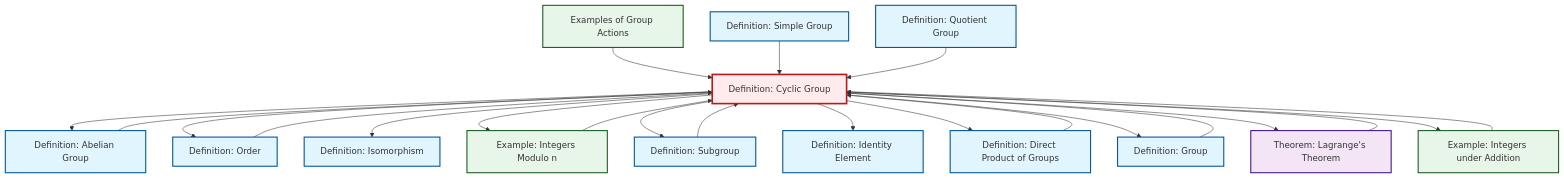
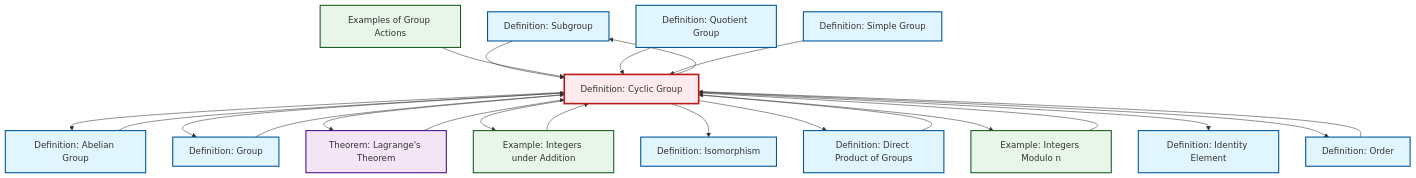
The diagram in content/en/algebra/def-cyclic-group.qmd (RK0429/ModernMath), drawn with Mermaid before and after one commit. The commit also changed other lines of this file and 672 other files, not shown here.

````diff
--- a/content/en/algebra/def-cyclic-group.qmd
+++ b/content/en/algebra/def-cyclic-group.qmd
@@ -101,58 +101,58 @@
 ```{mermaid}
 %%| fig-cap: "Local dependency graph"
 graph TD
     classDef definition fill:#e1f5fe,stroke:#01579b,stroke-width:2px
     classDef theorem fill:#f3e5f5,stroke:#4a148c,stroke-width:2px
     classDef axiom fill:#fff3e0,stroke:#e65100,stroke-width:2px
     classDef example fill:#e8f5e9,stroke:#1b5e20,stroke-width:2px
     classDef current fill:#ffebee,stroke:#b71c1c,stroke-width:3px
-    def-simple-group["Definition: Simple Group"]:::definition
-    def-identity-element["Definition: Identity Element"]:::definition
     def-subgroup["Definition: Subgroup"]:::definition
-    def-isomorphism["Definition: Isomorphism"]:::definition
     def-cyclic-group["Definition: Cyclic Group"]:::definition
     def-order["Definition: Order"]:::definition
+    def-direct-product["Definition: Direct Product of Groups"]:::definition
+    def-quotient-group["Definition: Quotient Group"]:::definition
+    ex-integers-addition["Example: Integers under Addition"]:::example
+    ex-group-action-examples["Examples of Group Actions"]:::example
+    def-isomorphism["Definition: Isomorphism"]:::definition
+    ex-quotient-integers-mod-n["Example: Integers Modulo n"]:::example
     thm-lagrange["Theorem: Lagrange's Theorem"]:::theorem
+    def-group["Definition: Group"]:::definition
+    def-identity-element["Definition: Identity Element"]:::definition
+    def-simple-group["Definition: Simple Group"]:::definition
     def-abelian-group["Definition: Abelian Group"]:::definition
-    ex-integers-addition["Example: Integers under Addition"]:::example
-    def-quotient-group["Definition: Quotient Group"]:::definition
-    ex-group-action-examples["Examples of Group Actions"]:::example
-    def-direct-product["Definition: Direct Product of Groups"]:::definition
-    def-group["Definition: Group"]:::definition
-    ex-quotient-integers-mod-n["Example: Integers Modulo n"]:::example
     def-cyclic-group --> def-abelian-group
-    ex-group-action-examples --> def-cyclic-group
-    def-cyclic-group --> def-order
-    def-cyclic-group --> def-isomorphism
+    ex-quotient-integers-mod-n --> def-cyclic-group
+    def-subgroup --> def-cyclic-group
     def-direct-product --> def-cyclic-group
-    ex-quotient-integers-mod-n --> def-cyclic-group
-    def-cyclic-group --> ex-quotient-integers-mod-n
     ex-integers-addition --> def-cyclic-group
-    thm-lagrange --> def-cyclic-group
-    def-abelian-group --> def-cyclic-group
-    def-simple-group --> def-cyclic-group
-    def-cyclic-group --> def-subgroup
-    def-subgroup --> def-cyclic-group
-    def-cyclic-group --> def-identity-element
-    def-quotient-group --> def-cyclic-group
-    def-group --> def-cyclic-group
-    def-cyclic-group --> def-direct-product
     def-cyclic-group --> def-group
     def-cyclic-group --> thm-lagrange
+    def-order --> def-cyclic-group
     def-cyclic-group --> ex-integers-addition
-    def-order --> def-cyclic-group
+    def-abelian-group --> def-cyclic-group
+    def-cyclic-group --> def-isomorphism
+    def-cyclic-group --> def-direct-product
+    def-cyclic-group --> def-subgroup
+    def-cyclic-group --> ex-quotient-integers-mod-n
+    def-cyclic-group --> def-identity-element
+    def-group --> def-cyclic-group
+    def-cyclic-group --> def-order
+    ex-group-action-examples --> def-cyclic-group
+    thm-lagrange --> def-cyclic-group
+    def-quotient-group --> def-cyclic-group
+    def-simple-group --> def-cyclic-group
     class def-cyclic-group current
+    click def-subgroup "def-subgroup.html" "Go to Subgroup definition"
+    click def-order "def-order.html" "Go to Order definition"
+    click def-direct-product "def-direct-product.html" "Go to Direct Product of Groups definition"
+    click def-quotient-group "def-quotient-group.html" "Go to Quotient Group definition"
+    click ex-integers-addition "ex-integers-addition.html" "Go to Integers under Addition example"
+    click ex-group-action-examples "ex-group-action-examples.html" "Go to Examples of Group Actions"
+    click def-isomorphism "def-isomorphism.html" "Go to Isomorphism definition"
+    click ex-quotient-integers-mod-n "ex-quotient-integers-mod-n.html" "Go to Integers Modulo n example"
+    click thm-lagrange "thm-lagrange.html" "Go to Lagrange's Theorem theorem"
+    click def-group "def-group.html" "Go to Group definition"
+    click def-identity-element "def-identity-element.html" "Go to Identity Element definition"
     click def-simple-group "def-simple-group.html" "Go to Simple Group definition"
-    click def-identity-element "def-identity-element.html" "Go to Identity Element definition"
-    click def-subgroup "def-subgroup.html" "Go to Subgroup definition"
-    click def-isomorphism "def-isomorphism.html" "Go to Isomorphism definition"
-    click def-order "def-order.html" "Go to Order definition"
-    click thm-lagrange "thm-lagrange.html" "Go to Lagrange's Theorem theorem"
     click def-abelian-group "def-abelian-group.html" "Go to Abelian Group definition"
-    click ex-integers-addition "ex-integers-addition.html" "Go to Integers under Addition example"
-    click def-quotient-group "def-quotient-group.html" "Go to Quotient Group definition"
-    click ex-group-action-examples "ex-group-action-examples.html" "Go to Examples of Group Actions"
-    click def-direct-product "def-direct-product.html" "Go to Direct Product of Groups definition"
-    click def-group "def-group.html" "Go to Group definition"
-    click ex-quotient-integers-mod-n "ex-quotient-integers-mod-n.html" "Go to Integers Modulo n example"
 ```
````
